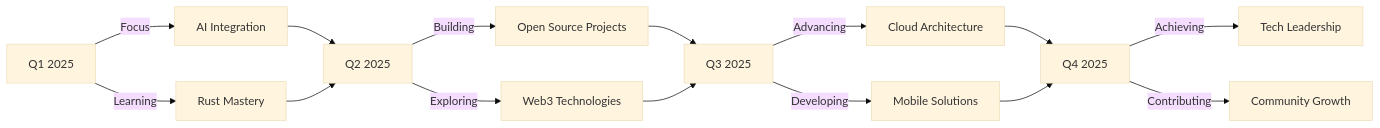
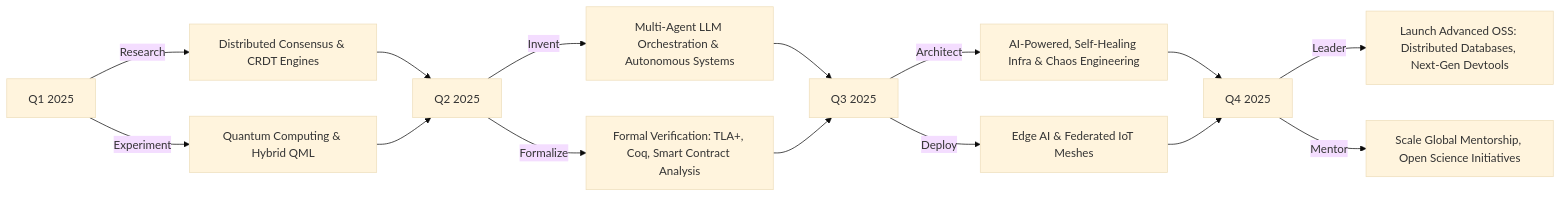
Before and after one commit to archv0/archv0: the diagram in README.md, drawn with Mermaid (base theme). The commit also changed other lines of this file, not shown here.

````diff
--- a/README.md
+++ b/README.md
@@ -193,17 +195,17 @@
 ```mermaid
 graph LR
-    A[Q1 2025] -->|Focus| B[AI Integration]
-    A -->|Learning| C[Rust Mastery]
+    A[Q1 2025] -->|Research| B[Distributed Consensus & CRDT Engines]
+    A -->|Experiment| C[Quantum Computing & Hybrid QML]
     B --> D[Q2 2025]
     C --> D
-    D -->|Building| E[Open Source Projects]
-    D -->|Exploring| F[Web3 Technologies]
+    D -->|Invent| E[Multi-Agent LLM Orchestration & Autonomous Systems]
+    D -->|Formalize| F[Formal Verification: TLA+, Coq, Smart Contract Analysis]
     E --> G[Q3 2025]
     F --> G
-    G -->|Advancing| H[Cloud Architecture]
-    G -->|Developing| I[Mobile Solutions]
+    G -->|Architect| H[AI-Powered, Self-Healing Infra & Chaos Engineering]
+    G -->|Deploy| I[Edge AI & Federated IoT Meshes]
     H --> J[Q4 2025]
     I --> J
-    J -->|Achieving| K[Tech Leadership]
-    J -->|Contributing| L[Community Growth]
+    J -->|Leader| K[Launch Advanced OSS: Distributed Databases, Next-Gen Devtools]
+    J -->|Mentor| L[Scale Global Mentorship, Open Science Initiatives]
 ```
````
